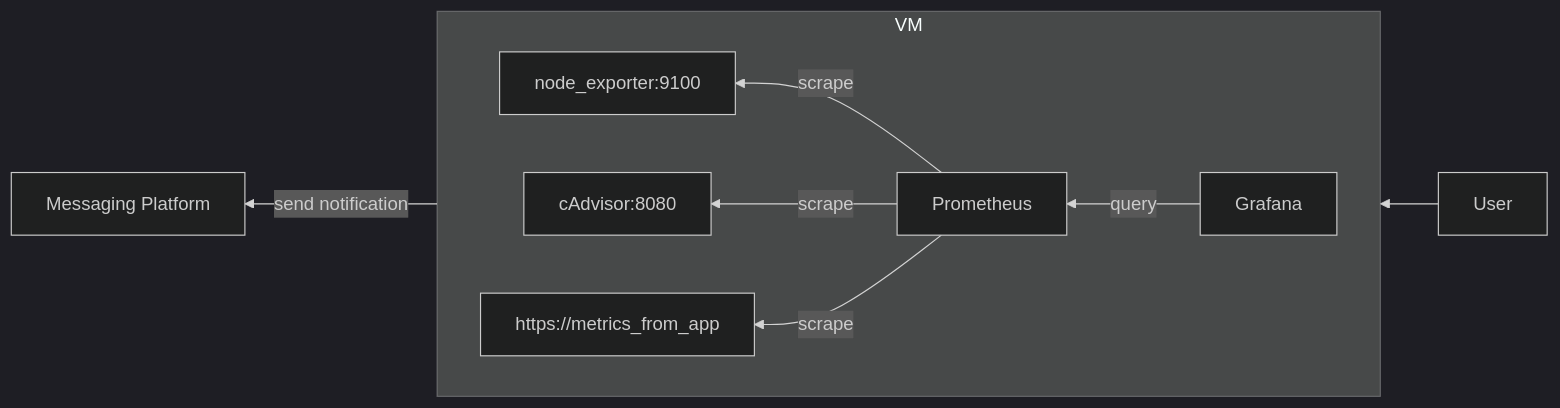
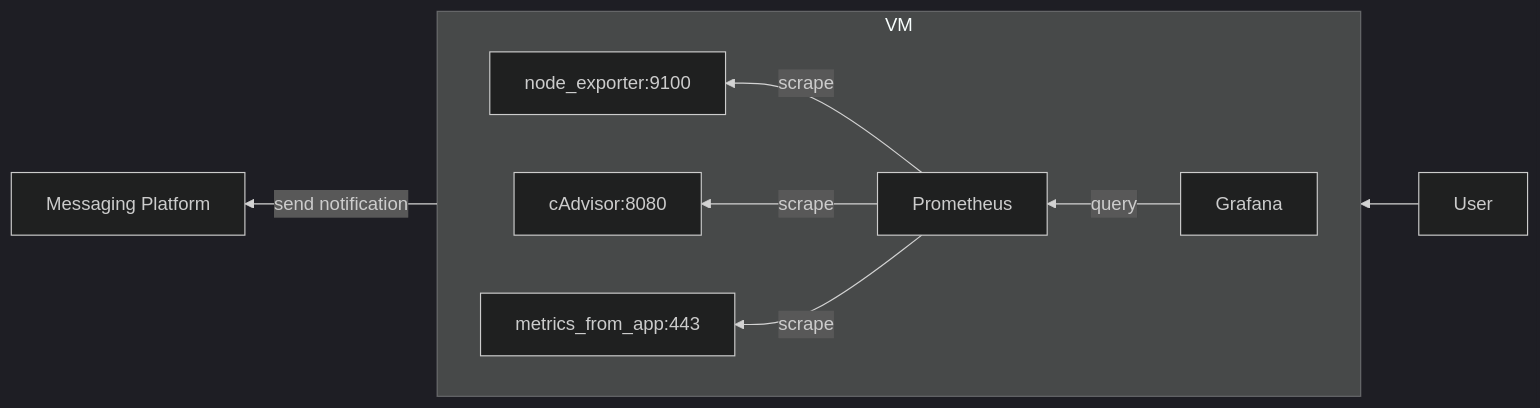
Before and after one commit to roboticpuppies/prometheus-docker: the diagram in README.md, drawn with Mermaid (dark theme).

Commit message:
fix markdown

````diff
--- a/README.md
+++ b/README.md
@@ -7,13 +7,13 @@
 ```mermaid
 flowchart RL
   subgraph VM
     direction RL
     direction RL
     Prometheus --> |scrape| NodeExporter["node_exporter:9100"]
     Prometheus --> |scrape| cAdvisor["cAdvisor:8080"]
-    Prometheus --> |scrape| customApp["https://metrics_from_app"]
+    Prometheus --> |scrape| customApp["metrics_from_app:443"]
     Grafana --> |query| Prometheus
   end
 Grafana --> |send notification| MessagingPlatform["Messaging Platform"]
 User --> Grafana
 ```
````
